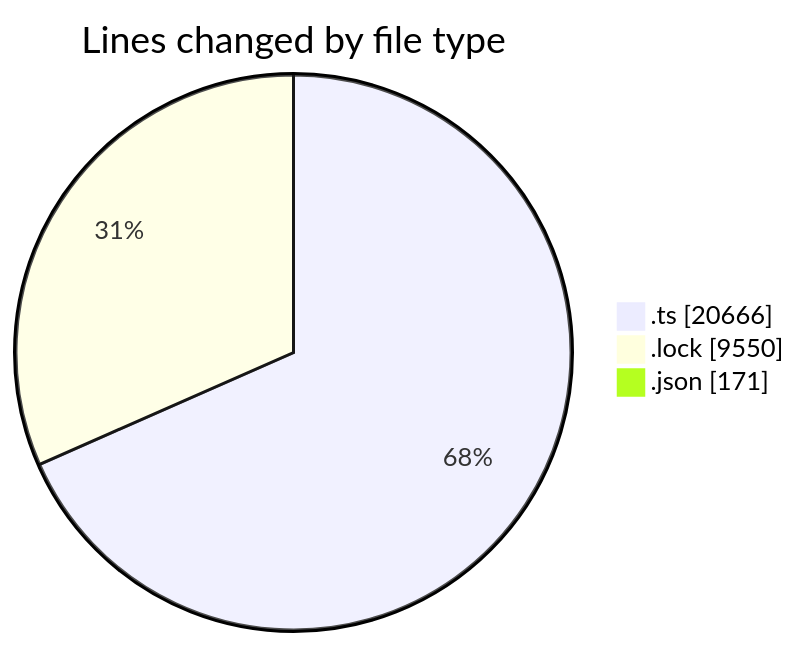
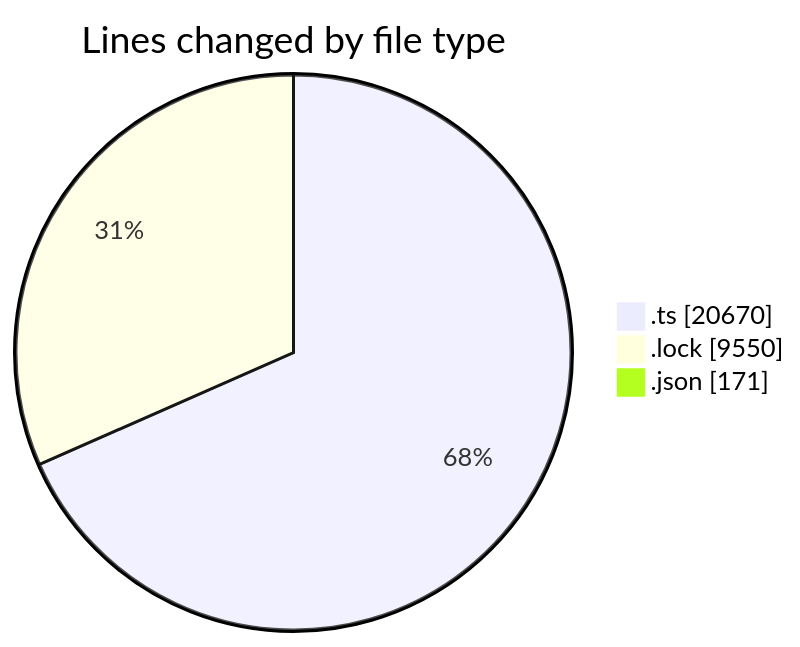
Before and after one commit to momahboobian/code-tracking: the first of 2 diagrams in 2025-10-30/cda/README.md, drawn with Mermaid. The commit also changed other lines of this file and 1 other file, not shown here.

````diff
--- a/2025-10-30/cda/README.md
+++ b/2025-10-30/cda/README.md
@@ -29,7 +29,7 @@
 ```mermaid
 pie showData
 title Lines changed by file type
-".ts" : 20666
+".ts" : 20670
 ".lock" : 9550
 ".json" : 171
 ```
````
